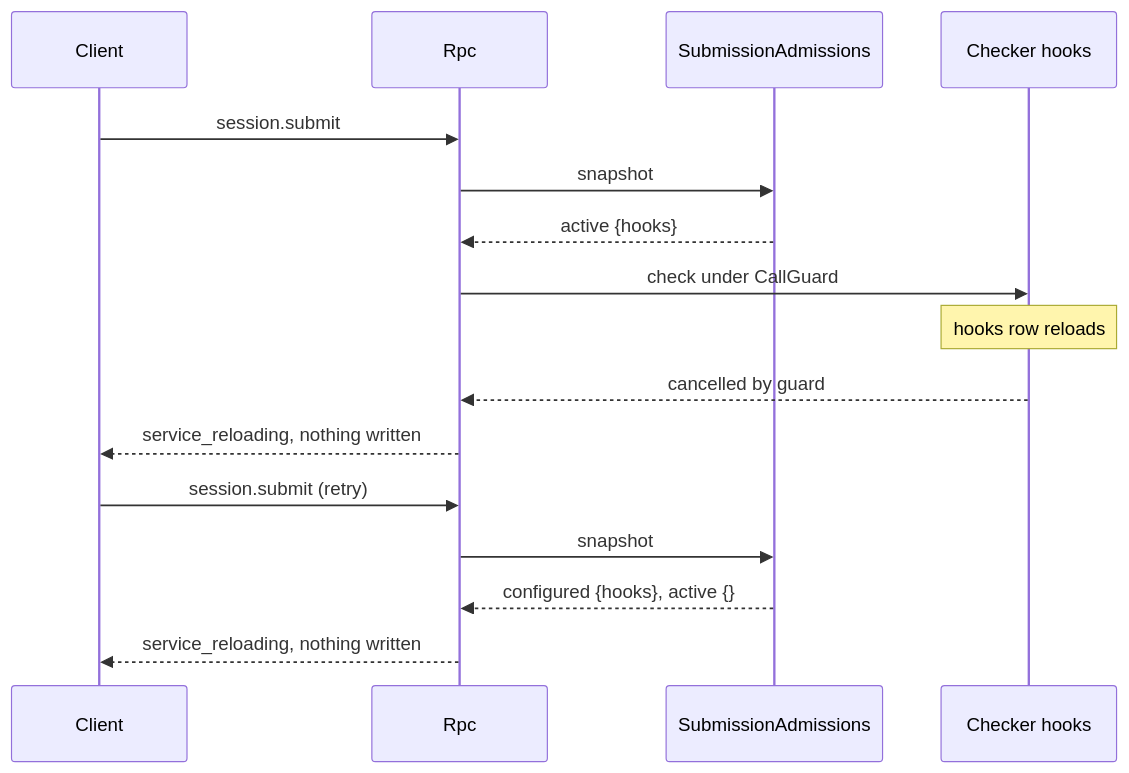
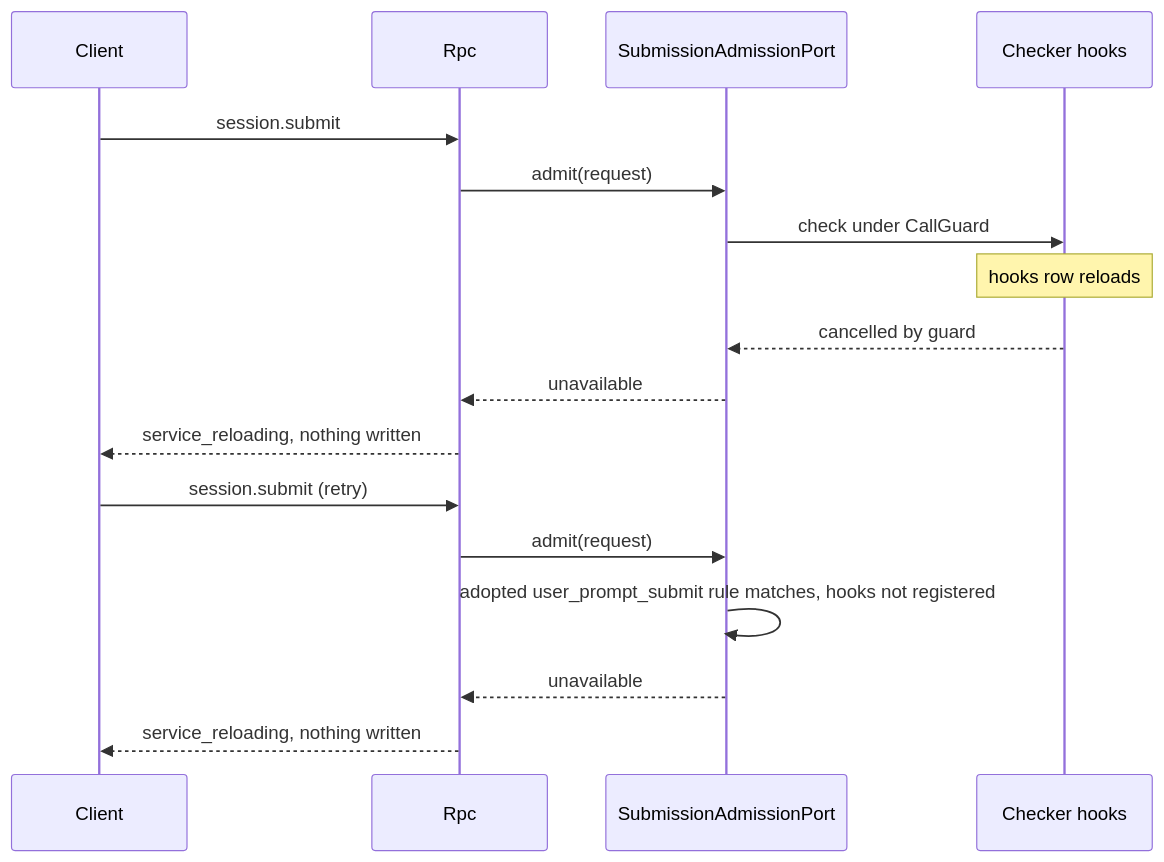
One commit to CoutinhoTTS/dim-agent changed the fifth of 5 diagrams in docs/design/contracts/session-boundary.md. Above: the diagram before and after it, drawn with Mermaid. The commit also changed other lines of this file and 4 other files, not shown here.

````diff
--- a/docs/design/contracts/session-boundary.md
+++ b/docs/design/contracts/session-boundary.md
@@ -124,18 +128,19 @@
 ```mermaid
 sequenceDiagram
   participant CL as Client
   participant Rpc as Rpc
-  participant R as SubmissionAdmissions
+  participant P as SubmissionAdmissionPort
   participant H as Checker hooks
   CL->>Rpc: session.submit
-  Rpc->>R: snapshot
-  R-->>Rpc: active {hooks}
-  Rpc->>H: check under CallGuard
+  Rpc->>P: admit(request)
+  P->>H: check under CallGuard
   Note over H: hooks row reloads
-  H-->>Rpc: cancelled by guard
+  H-->>P: cancelled by guard
+  P-->>Rpc: unavailable
   Rpc-->>CL: service_reloading, nothing written
   CL->>Rpc: session.submit (retry)
-  Rpc->>R: snapshot
-  R-->>Rpc: configured {hooks}, active {}
+  Rpc->>P: admit(request)
+  P->>P: adopted user_prompt_submit rule matches, hooks not registered
+  P-->>Rpc: unavailable
   Rpc-->>CL: service_reloading, nothing written
 ```
````
